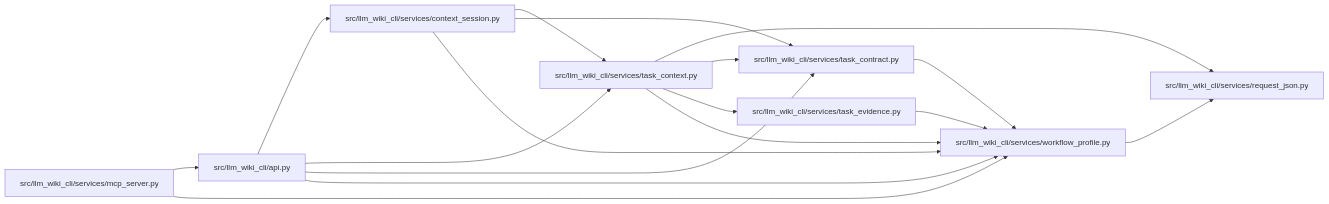
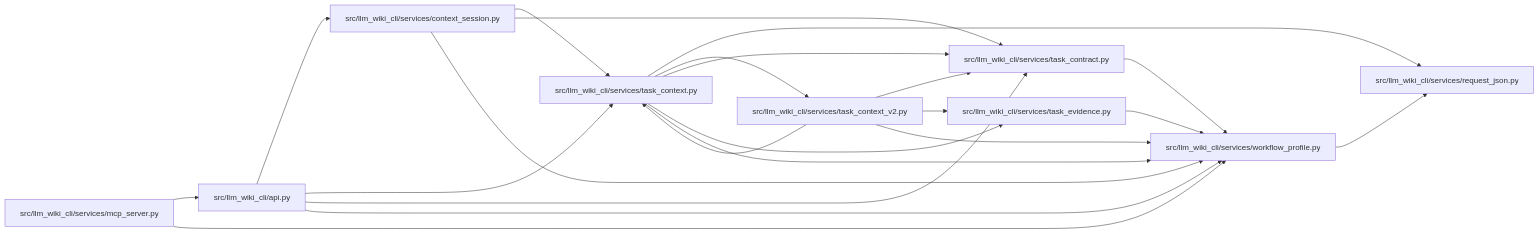
One commit to Denissvgn/python-wiki-llm changed the diagram in docs/llm_wiki/modules/workflow_profile.md. Above: the diagram before and after it, drawn with Mermaid. The commit also changed other lines of this file and 6245 other files, not shown here.

````diff
--- a/docs/llm_wiki/modules/workflow_profile.md
+++ b/docs/llm_wiki/modules/workflow_profile.md
@@ -25,35 +25,42 @@
 ```mermaid
 flowchart LR
     n0["src/llm_wiki_cli/api.py"]
     n1["src/llm_wiki_cli/services/context_session.py"]
     n2["src/llm_wiki_cli/services/mcp_server.py"]
     n3["src/llm_wiki_cli/services/request_json.py"]
     n4["src/llm_wiki_cli/services/task_context.py"]
-    n5["src/llm_wiki_cli/services/task_contract.py"]
-    n6["src/llm_wiki_cli/services/task_evidence.py"]
-    n7["src/llm_wiki_cli/services/workflow_profile.py"]
+    n5["src/llm_wiki_cli/services/task_context_v2.py"]
+    n6["src/llm_wiki_cli/services/task_contract.py"]
+    n7["src/llm_wiki_cli/services/task_evidence.py"]
+    n8["src/llm_wiki_cli/services/workflow_profile.py"]
     n0 --> n1
     n0 --> n4
-    n0 --> n5
-    n0 --> n7
+    n0 --> n6
+    n0 --> n8
     n1 --> n4
-    n1 --> n5
-    n1 --> n7
+    n1 --> n6
+    n1 --> n8
     n2 --> n0
-    n2 --> n7
+    n2 --> n8
     n4 --> n3
     n4 --> n5
     n4 --> n6
     n4 --> n7
+    n4 --> n8
+    n5 --> n4
+    n5 --> n6
     n5 --> n7
-    n6 --> n7
-    n7 --> n3
+    n5 --> n8
+    n6 --> n8
+    n7 --> n8
+    n8 --> n3
     click n0 "../modules/api.md"
     click n1 "../modules/context_session.md"
     click n2 "../modules/mcp_server.md"
     click n3 "../modules/request_json.md"
     click n4 "../modules/task_context.md"
-    click n5 "../modules/task_contract.md"
-    click n6 "../modules/task_evidence.md"
-    click n7 "../modules/workflow_profile.md"
+    click n5 "../modules/task_context_v2.md"
+    click n6 "../modules/task_contract.md"
+    click n7 "../modules/task_evidence.md"
+    click n8 "../modules/workflow_profile.md"
 ```
````
